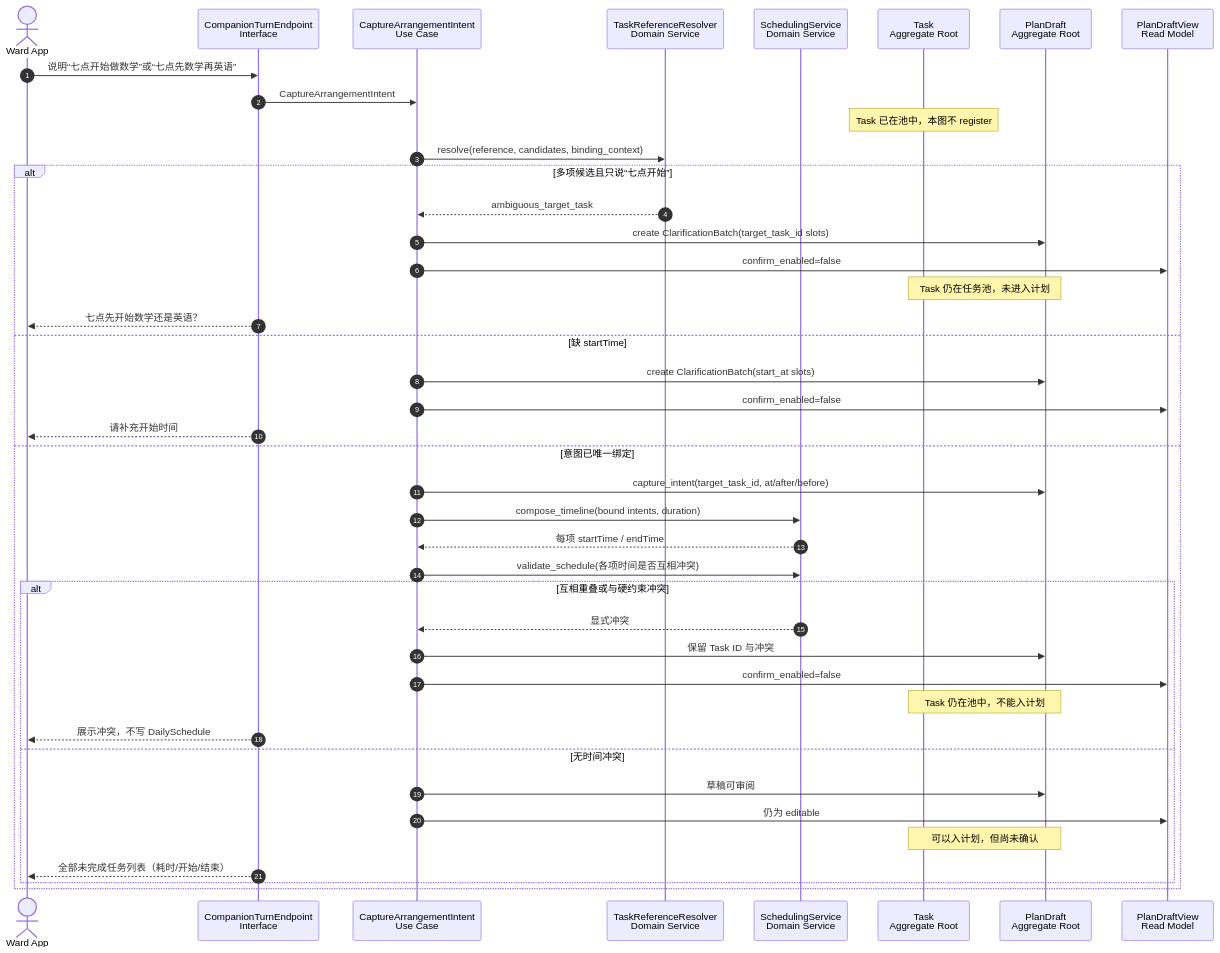
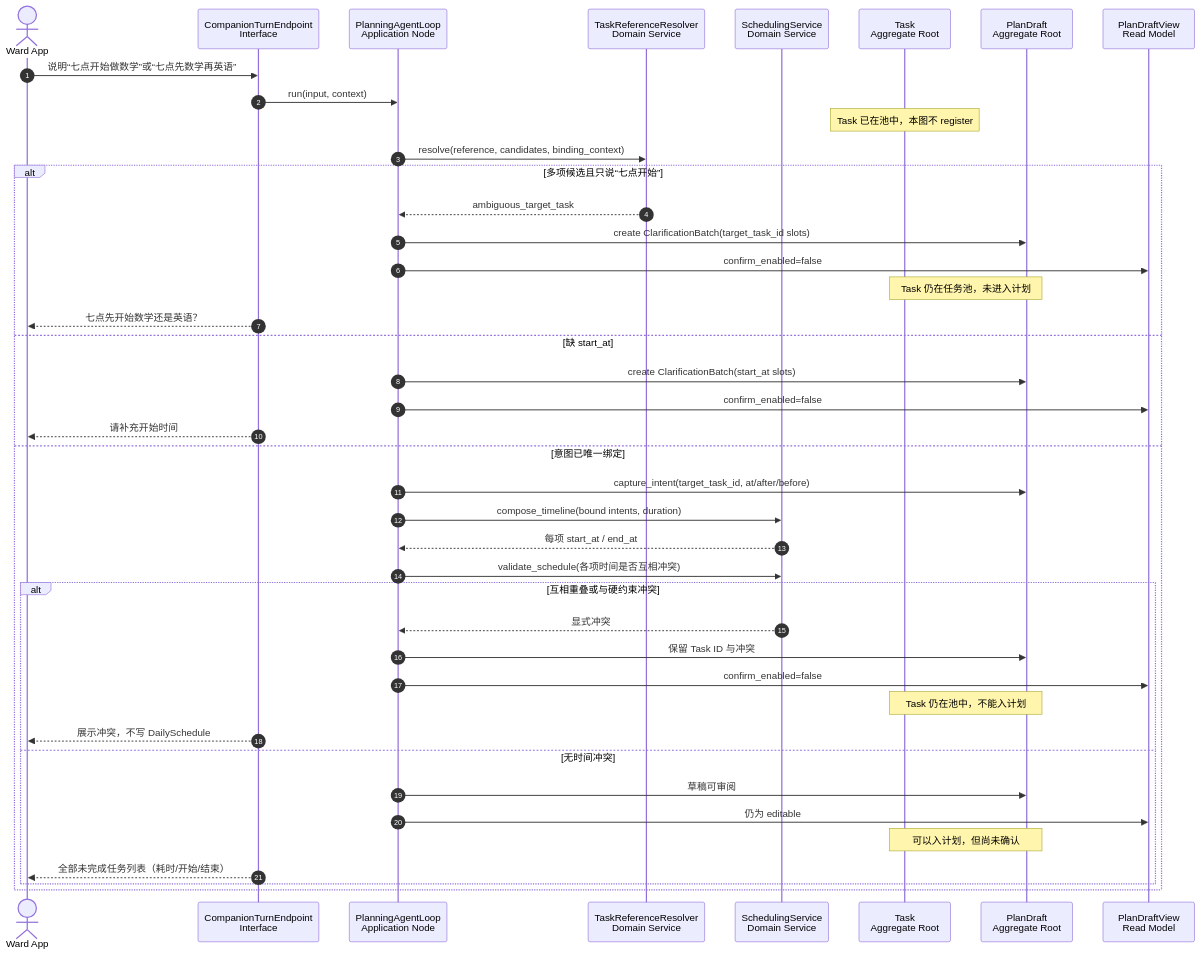
The fifth of 6 diagrams in docs/technical/domain-planning.md (johanchow/duxue), drawn with Mermaid before and after one commit. The commit also changed other lines of this file and 1 other file, not shown here.

````diff
--- a/docs/technical/domain-planning.md
+++ b/docs/technical/domain-planning.md
@@ -367,45 +232,45 @@
 ```mermaid
 sequenceDiagram
     autonumber
     actor W as Ward App
     participant I as CompanionTurnEndpoint<br/>Interface
-    participant U as CaptureArrangementIntent<br/>Use Case
+    participant U as PlanningAgentLoop<br/>Application Node
     participant B as TaskReferenceResolver<br/>Domain Service
     participant S as SchedulingService<br/>Domain Service
     participant T as Task<br/>Aggregate Root
     participant P as PlanDraft<br/>Aggregate Root
     participant R as PlanDraftView<br/>Read Model
 
     W->>I: 说明“七点开始做数学”或“七点先数学再英语”
-    I->>U: CaptureArrangementIntent
+    I->>U: run(input, context)
     Note over T: Task 已在池中，本图不 register
     U->>B: resolve(reference, candidates, binding_context)
     alt 多项候选且只说“七点开始”
         B-->>U: ambiguous_target_task
         U->>P: create ClarificationBatch(target_task_id slots)
         U->>R: confirm_enabled=false
         Note over T,P: Task 仍在任务池，未进入计划
         I-->>W: 七点先开始数学还是英语？
-    else 缺 startTime
+    else 缺 start_at
         U->>P: create ClarificationBatch(start_at slots)
         U->>R: confirm_enabled=false
         I-->>W: 请补充开始时间
     else 意图已唯一绑定
         U->>P: capture_intent(target_task_id, at/after/before)
         U->>S: compose_timeline(bound intents, duration)
-        S-->>U: 每项 startTime / endTime
+        S-->>U: 每项 start_at / end_at
         U->>S: validate_schedule(各项时间是否互相冲突)
         alt 互相重叠或与硬约束冲突
             S-->>U: 显式冲突
             U->>P: 保留 Task ID 与冲突
             U->>R: confirm_enabled=false
             Note over T,P: Task 仍在池中，不能入计划
             I-->>W: 展示冲突，不写 DailySchedule
         else 无时间冲突
             U->>P: 草稿可审阅
             U->>R: 仍为 editable
             Note over T,P: 可以入计划，但尚未确认
             I-->>W: 全部未完成任务列表（耗时/开始/结束）
         end
     end
 ```
````
